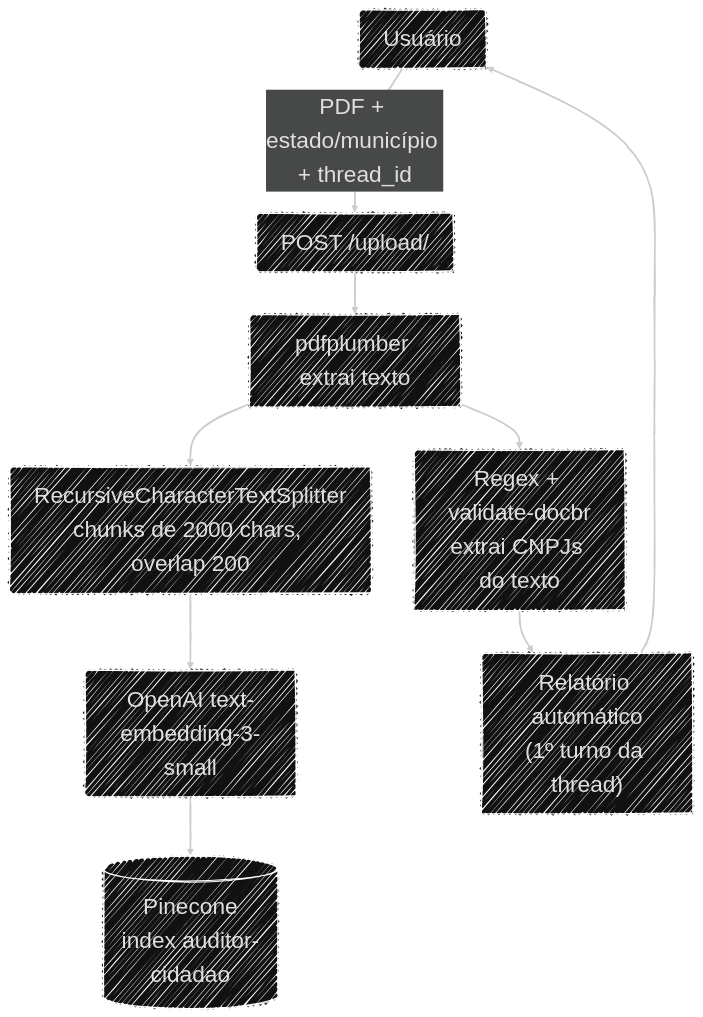
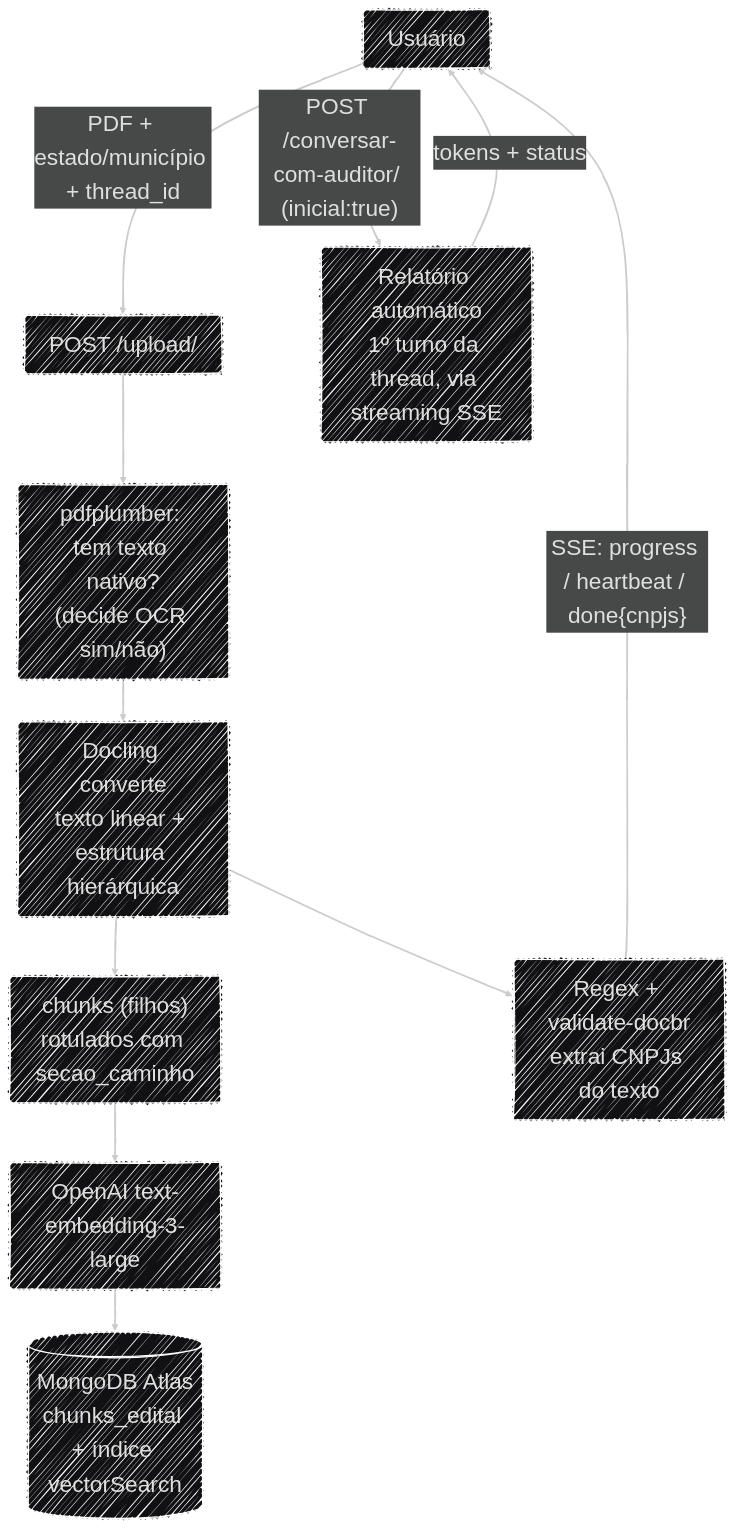
The first of 3 diagrams in docs/arquitetura/fluxo_dados.md (Moreira-89/auditor-cidadao), drawn with Mermaid before and after one commit. The commit also changed other lines of this file and 53 other files, not shown here.

````diff
--- a/docs/arquitetura/fluxo_dados.md
+++ b/docs/arquitetura/fluxo_dados.md
@@ -8,21 +8,23 @@
 ```mermaid
 ---
 config:
   layout: dagre
   theme: redux-dark
   look: handDrawn
   fontFamily: '''Source Code Pro Variable'', monospace'
   themeVariables:
     fontFamily: '''Source Code Pro Variable'', monospace'
     fontSize: '28px'
 ---
 flowchart TB
     U["Usuário"] -->|"PDF + estado/município + thread_id"| UP["POST /upload/"]
-    UP --> PDF["pdfplumber extrai texto"]
-    PDF --> CHUNK["RecursiveCharacterTextSplitter<br>chunks de 2000 chars, overlap 200"]
-    CHUNK --> EMB["OpenAI text-embedding-3-small"]
-    EMB --> PC[("Pinecone<br>index auditor-cidadao")]
+    UP --> CHECK["pdfplumber: tem texto nativo?<br>(decide OCR sim/não)"]
+    CHECK --> PDF["Docling converte<br>texto linear + estrutura hierárquica"]
+    PDF --> FIL["chunks (filhos)<br>rotulados com secao_caminho"]
+    FIL --> EMB["OpenAI text-embedding-3-large"]
+    EMB --> MG[("MongoDB Atlas<br>chunks_edital + índice vectorSearch")]
     PDF --> CNPJ["Regex + validate-docbr<br>extrai CNPJs do texto"]
-    CNPJ --> REL["Relatório automático<br>(1º turno da thread)"]
-    REL --> U
+    CNPJ -->|"SSE: progress / heartbeat / done{cnpjs}"| U
+    U -->|"POST /conversar-com-auditor/ (inicial:true)"| REL["Relatório automático<br>1º turno da thread, via streaming SSE"]
+    REL -->|"tokens + status"| U
 ```
````
